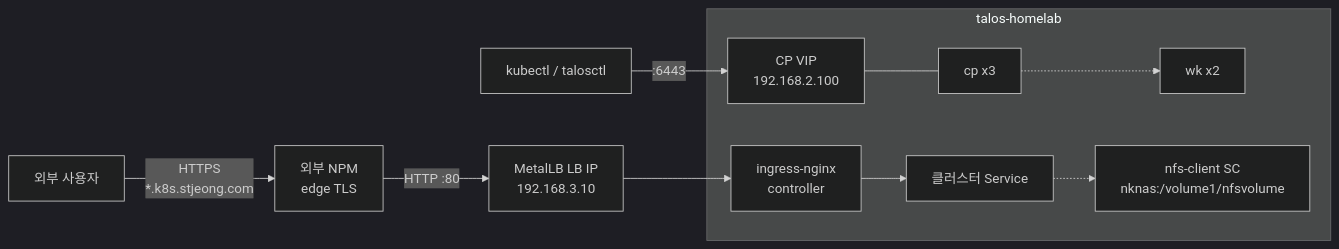
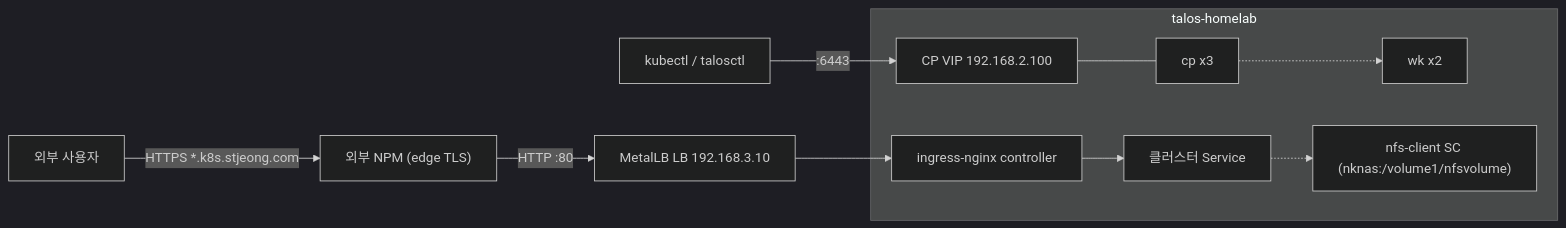
One commit to nineking424/k8s-ops changed the diagram in docs/index.md. Above: the diagram before and after it, drawn with Mermaid (dark theme). The commit also changed 4 other files, not shown here.

First line of the commit message:
docs: fix broken mermaid diagrams on published site

````diff
--- a/docs/index.md
+++ b/docs/index.md
@@ -25,21 +25,21 @@
 ```mermaid
 flowchart LR
-    user[외부 사용자] -->|HTTPS<br/>*.k8s.stjeong.com| npm[외부 NPM<br/>edge TLS]
-    npm -->|HTTP :80| lb[MetalLB LB IP<br/>192.168.3.10]
-    lb --> ing[ingress-nginx<br/>controller]
-    ing --> svc[클러스터 Service]
+    user["외부 사용자"] -->|"HTTPS *.k8s.stjeong.com"| npm["외부 NPM (edge TLS)"]
+    npm -->|"HTTP :80"| lb["MetalLB LB 192.168.3.10"]
+    lb --> ing["ingress-nginx controller"]
+    ing --> svc["클러스터 Service"]
 
-    subgraph cluster[talos-homelab]
-        vip[CP VIP<br/>192.168.2.100]
-        cp[cp x3]
-        wk[wk x2]
-        nfs[nfs-client SC<br/>nknas:/volume1/nfsvolume]
+    subgraph cluster["talos-homelab"]
+        vip["CP VIP 192.168.2.100"]
+        cp["cp x3"]
+        wk["wk x2"]
+        nfs["nfs-client SC (nknas:/volume1/nfsvolume)"]
         ing
         svc
     end
 
-    kubectl[kubectl / talosctl] -->|:6443| vip
+    kubectl["kubectl / talosctl"] -->|":6443"| vip
     vip --- cp
     cp -.-> wk
     svc -.-> nfs
 ```
````
